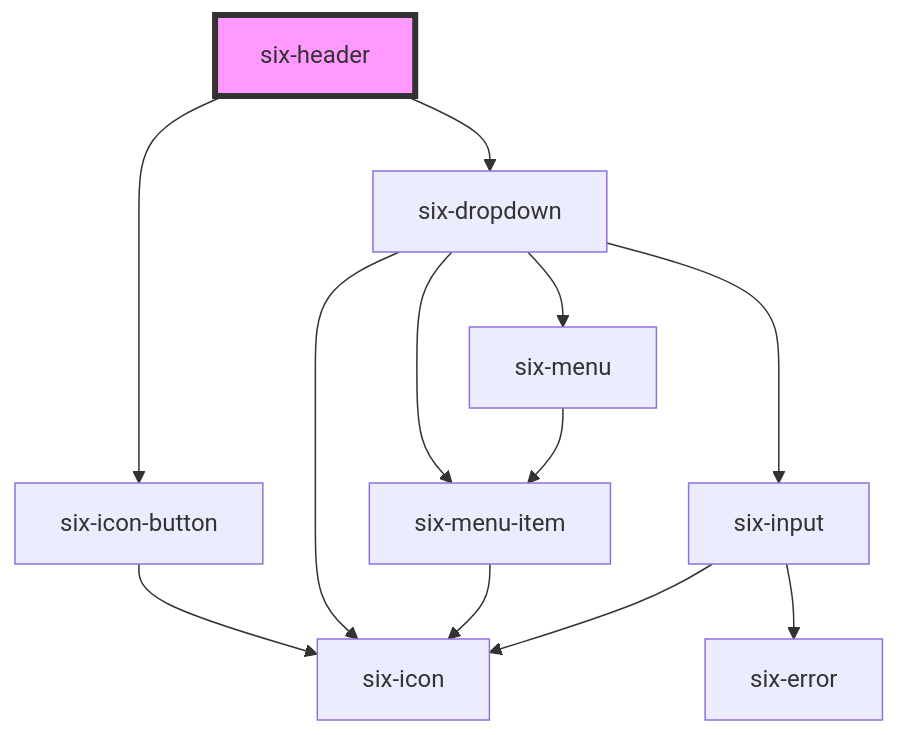
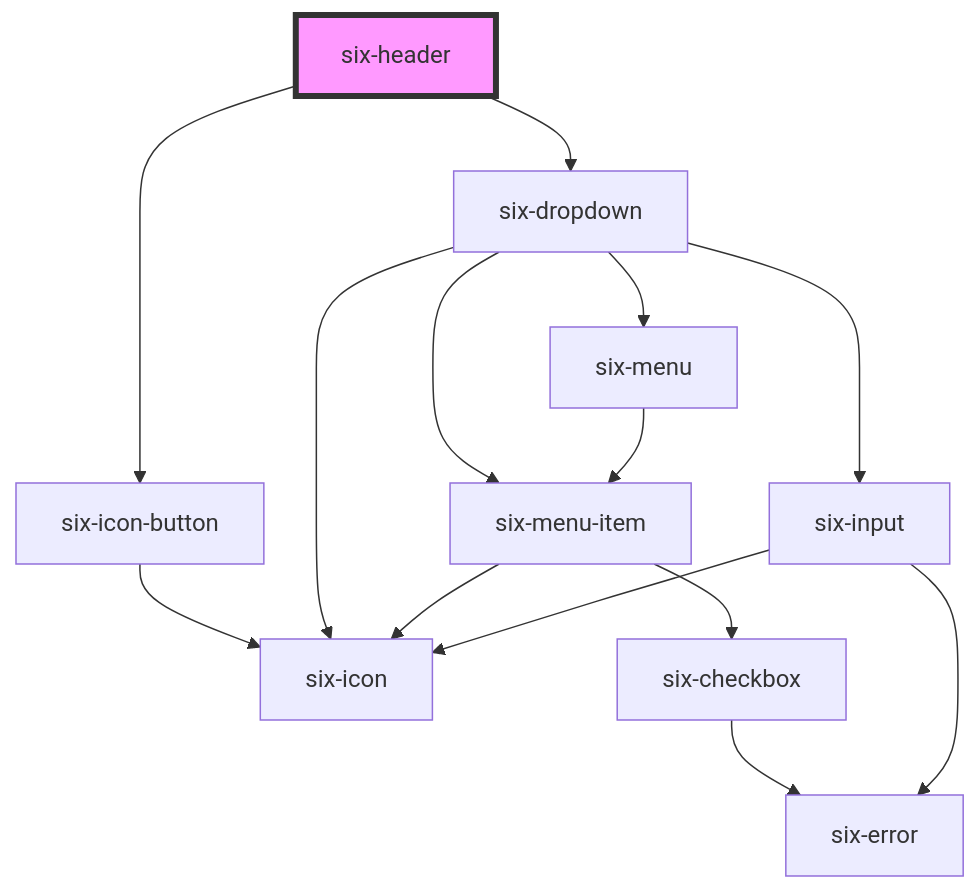
Before and after one commit to Nymoth/six-webcomponents: the diagram in docs/components/six-header.md, drawn with Mermaid. The commit also changed 35 other files, not shown here.

````diff
--- a/docs/components/six-header.md
+++ b/docs/components/six-header.md
@@ -315,15 +315,17 @@
 ```mermaid
 graph TD;
   six-header --> six-icon-button
   six-header --> six-dropdown
   six-icon-button --> six-icon
   six-dropdown --> six-menu-item
   six-dropdown --> six-input
   six-dropdown --> six-icon
   six-dropdown --> six-menu
+  six-menu-item --> six-checkbox
   six-menu-item --> six-icon
+  six-checkbox --> six-error
   six-input --> six-icon
   six-input --> six-error
   six-menu --> six-menu-item
   style six-header fill:#f9f,stroke:#333,stroke-width:4px
 ```
````
